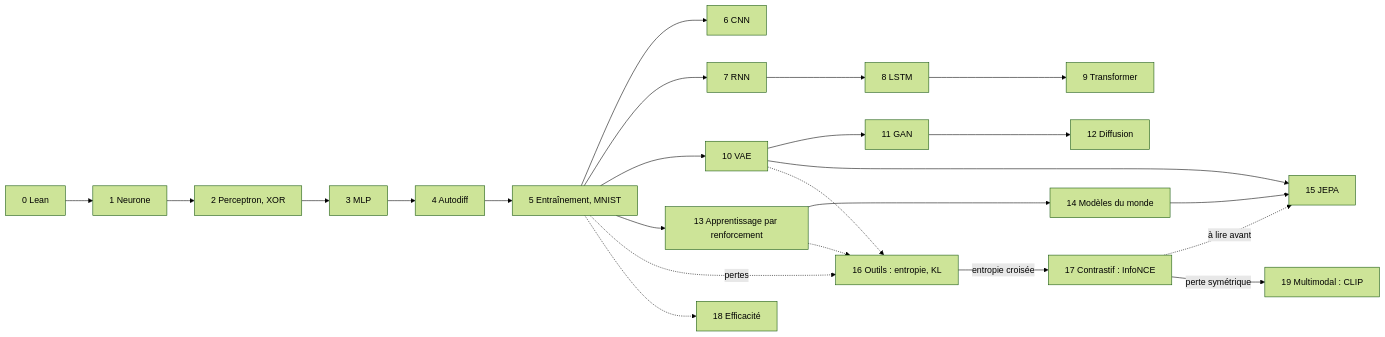
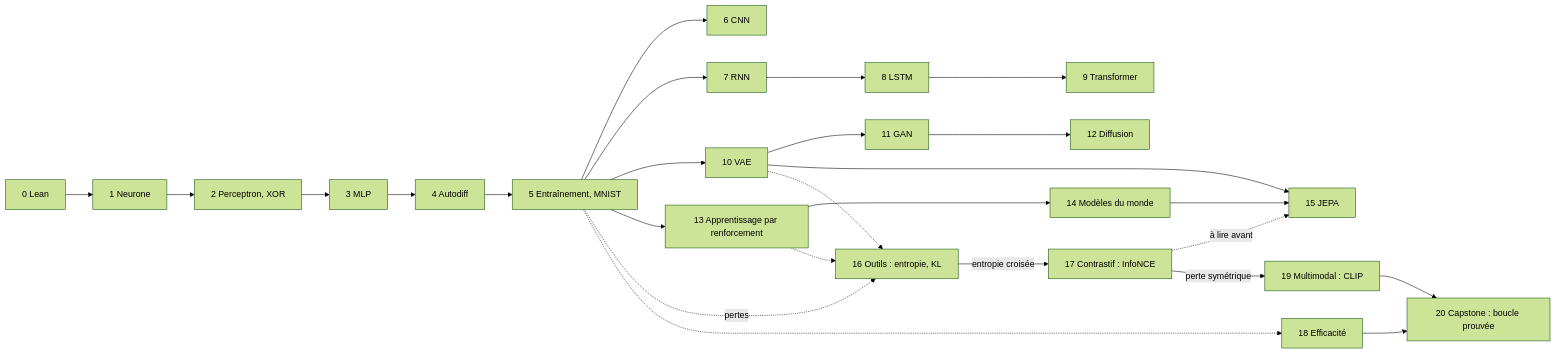
The diagram in website/i18n/fr/docusaurus-plugin-content-docs/current/index.mdx (citron/LEAIN4), drawn with Mermaid (forest theme) before and after one commit. The commit also changed other lines of this file and 17 other files, not shown here.

````diff
--- a/website/i18n/fr/docusaurus-plugin-content-docs/current/index.mdx
+++ b/website/i18n/fr/docusaurus-plugin-content-docs/current/index.mdx
@@ -30,17 +30,20 @@
 ```mermaid
 flowchart LR
   c0["0 Lean"] --> c1["1 Neurone"] --> c2["2 Perceptron, XOR"] --> c3["3 MLP"] --> c4["4 Autodiff"] --> c5["5 Entraînement, MNIST"]
   c5 --> c6["6 CNN"]
   c5 --> c7["7 RNN"] --> c8["8 LSTM"] --> c9["9 Transformer"]
   c5 --> c10["10 VAE"] --> c11["11 GAN"] --> c12["12 Diffusion"]
   c5 --> c13["13 Apprentissage par renforcement"] --> c14["14 Modèles du monde"]
   c10 --> c15["15 JEPA"]
   c14 --> c15
   c5 -.->|pertes| c16["16 Outils : entropie, KL"]
   c16 -->|entropie croisée| c17["17 Contrastif : InfoNCE"]
   c17 -.->|à lire avant| c15
   c17 -->|perte symétrique| c19["19 Multimodal : CLIP"]
   c5 -.-> c18["18 Efficacité"]
+  c20["20 Capstone : boucle prouvée"]
+  c19 --> c20
+  c18 --> c20
   c10 -.-> c16
   c13 -.-> c16
 ```
````
